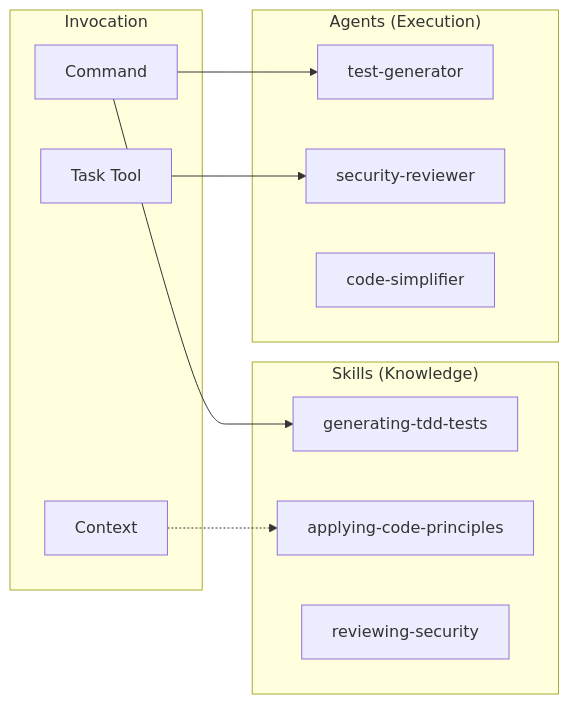
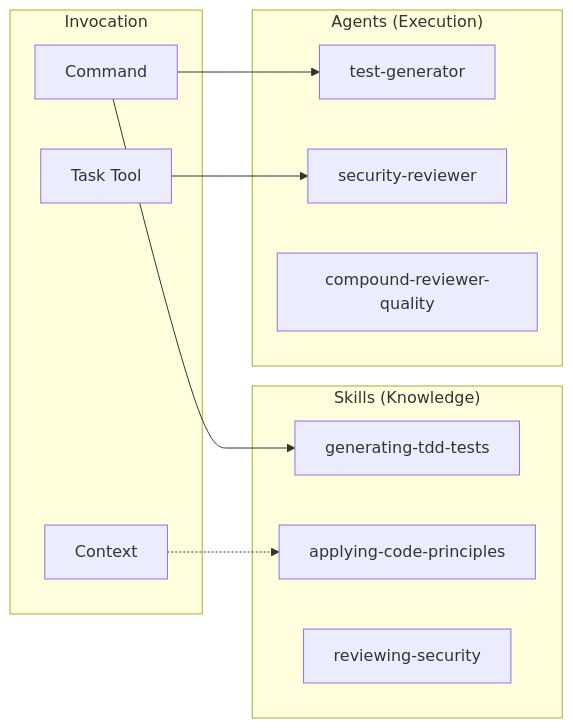
One commit to thkt/dotclaude changed the first of 2 diagrams in docs/SKILLS_AGENTS.md. Above: the diagram before and after it, drawn with Mermaid. The commit also changed other lines of this file and 44 other files, not shown here.

First line of the commit message:
refactor(audit): migrate to team-based compound reviewer architecture

````diff
--- a/docs/SKILLS_AGENTS.md
+++ b/docs/SKILLS_AGENTS.md
@@ -9,21 +9,21 @@
 ```mermaid
 graph LR
     subgraph Skills["Skills (Knowledge)"]
         S1[generating-tdd-tests]
         S2[applying-code-principles]
         S3[reviewing-security]
     end
 
     subgraph Agents["Agents (Execution)"]
         A1[test-generator]
         A2[security-reviewer]
-        A3[code-simplifier]
+        A3[compound-reviewer-quality]
     end
 
     subgraph Trigger["Invocation"]
         CMD[Command] --> S1
         CMD --> A1
         CTX[Context] -.-> S2
         TASK[Task Tool] --> A2
     end
 ```
````
